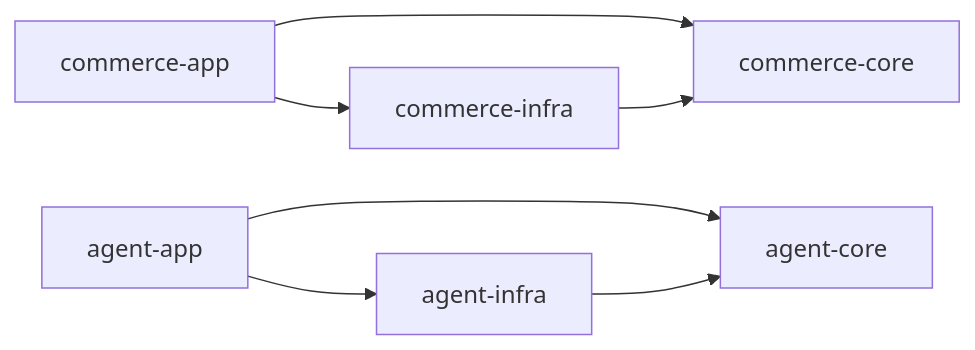
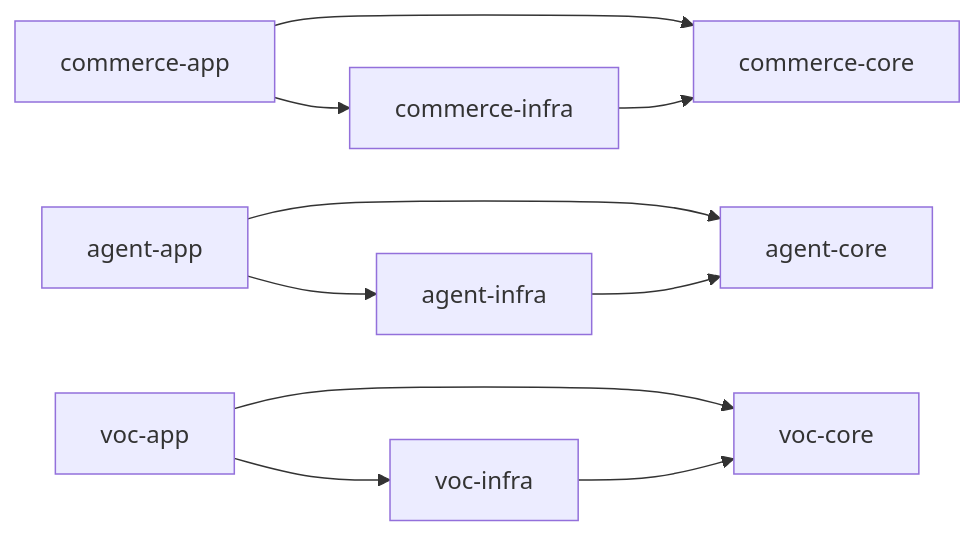
One commit to sanghyo-lab/jdd changed the first of 2 diagrams in docs/architecture.md. Above: the diagram before and after it, drawn with Mermaid. The commit also changed other lines of this file and 11 other files, not shown here.

````diff
--- a/docs/architecture.md
+++ b/docs/architecture.md
@@ -61,9 +70,12 @@
 ```mermaid
 flowchart LR
     CA[commerce-app] --> CC[commerce-core]
     CA --> CI[commerce-infra]
     CI --> CC
     AA[agent-app] --> AC[agent-core]
     AA --> AI[agent-infra]
     AI --> AC
+    VA[voc-app] --> VC[voc-core]
+    VA --> VI[voc-infra]
+    VI --> VC
 ```
````
